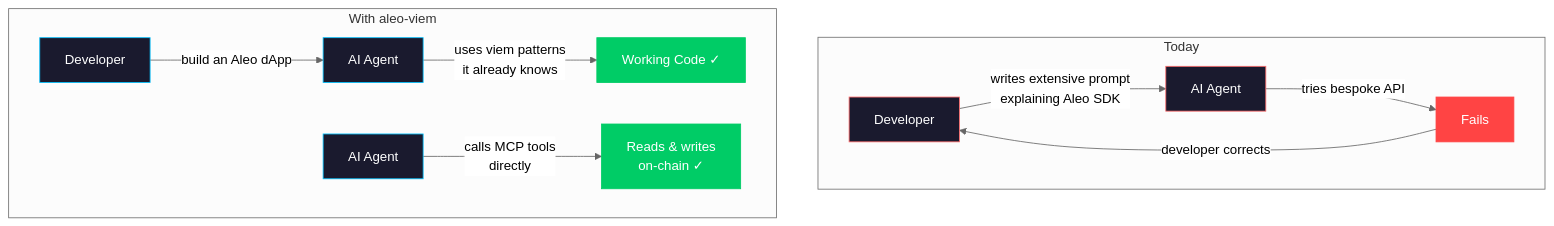
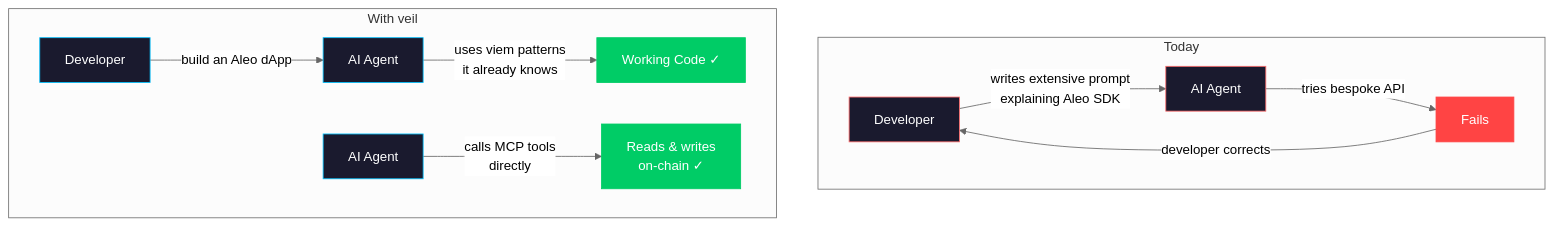
Before and after one commit to ProvableHQ/veil: the third of 3 diagrams in docs/justification.md, drawn with Mermaid (neutral theme). The commit also changed other lines of this file and 47 other files, not shown here.

Commit message:
Rename to aleo-viem and add an example

````diff
--- a/docs/justification.md
+++ b/docs/justification.md
@@ -171,23 +171,23 @@
 ```mermaid
 graph TD
     subgraph Today
         DEV1[Developer] -->|writes extensive prompt\nexplaining Aleo SDK| AGENT1[AI Agent]
         AGENT1 -->|tries bespoke API| FAIL[Fails]
         FAIL -->|developer corrects| DEV1
     end
 
-    subgraph With aleo-viem
+    subgraph With veil
         DEV2[Developer] -->|"build an Aleo dApp"| AGENT2[AI Agent]
         AGENT2 -->|uses viem patterns\nit already knows| CODE[Working Code ✓]
         AGENT3[AI Agent] -->|calls MCP tools\ndirectly| CHAIN[Reads & writes\non-chain ✓]
     end
 
     style FAIL fill:#ff4444,stroke:#ff4444,color:#fff
     style CODE fill:#00cc66,stroke:#00cc66,color:#fff
     style CHAIN fill:#00cc66,stroke:#00cc66,color:#fff
     style AGENT1 fill:#1a1a2e,stroke:#ff6b6b,color:#fff
     style AGENT2 fill:#1a1a2e,stroke:#00C2FF,color:#fff
     style AGENT3 fill:#1a1a2e,stroke:#00C2FF,color:#fff
     style DEV1 fill:#1a1a2e,stroke:#ff6b6b,color:#fff
     style DEV2 fill:#1a1a2e,stroke:#00C2FF,color:#fff
 ```
````
